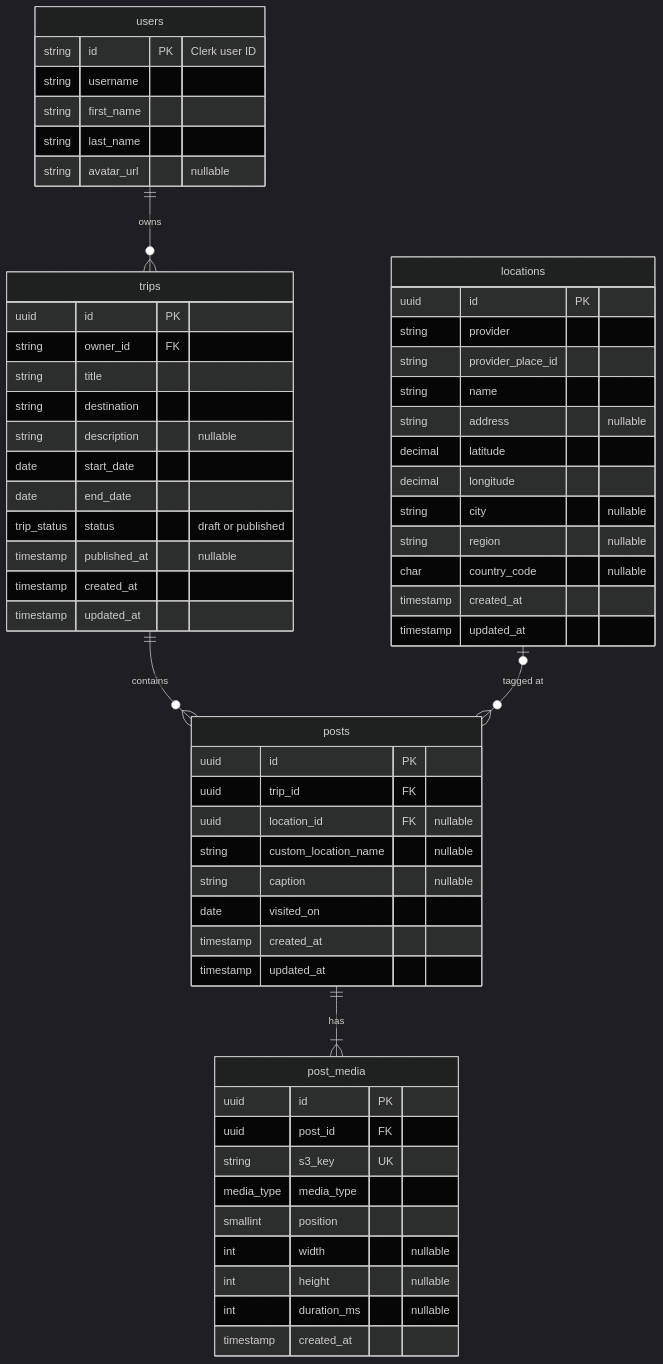
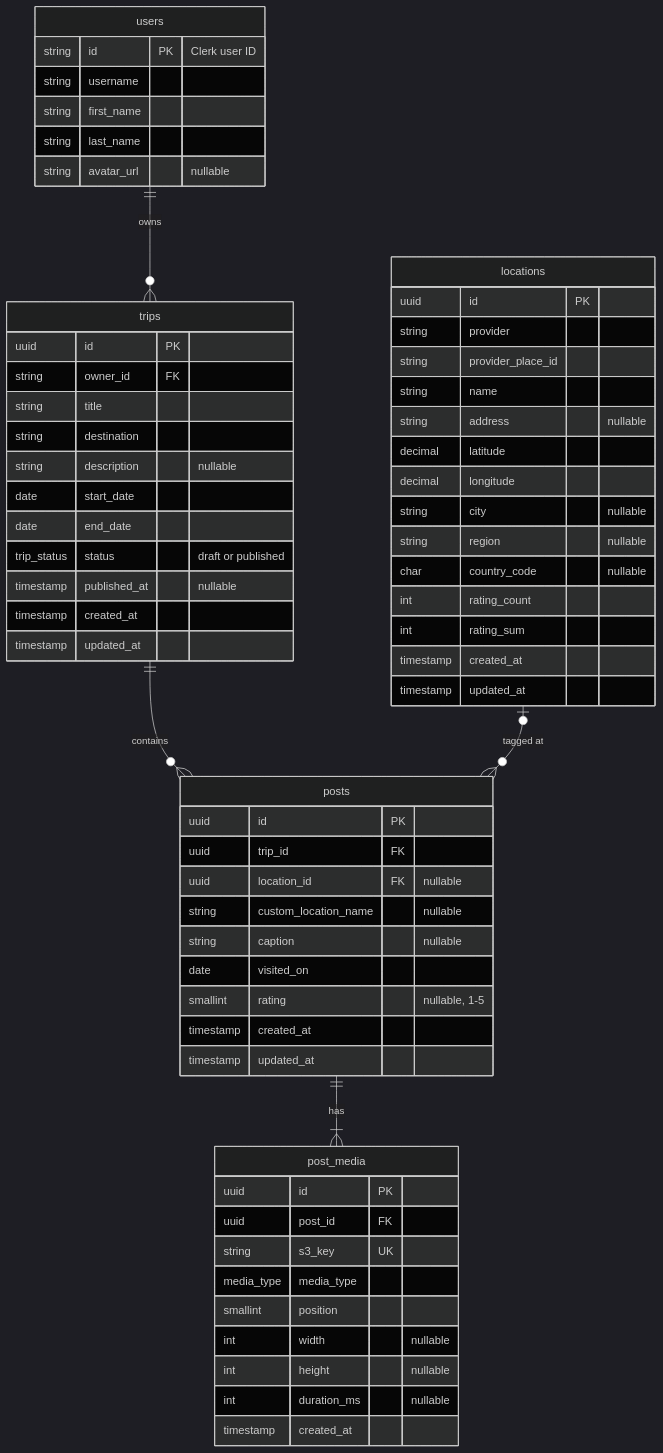
One commit to Forge-NU/fall-26-sw-team-2 changed the diagram in docs/architecture/itinerary-schema.md. Above: the diagram before and after it, drawn with Mermaid (dark theme). The commit also changed other lines of this file and 30 other files, not shown here.

````diff
--- a/docs/architecture/itinerary-schema.md
+++ b/docs/architecture/itinerary-schema.md
@@ -29,63 +29,66 @@
 ```mermaid
 erDiagram
     users ||--o{ trips : owns
     trips ||--o{ posts : contains
     posts ||--|{ post_media : has
     locations |o--o{ posts : "tagged at"
 
     users {
         string id PK "Clerk user ID"
         string username
         string first_name
         string last_name
         string avatar_url "nullable"
     }
     trips {
         uuid id PK
         string owner_id FK
         string title
         string destination
         string description "nullable"
         date start_date
         date end_date
         trip_status status "draft or published"
         timestamp published_at "nullable"
         timestamp created_at
         timestamp updated_at
     }
     posts {
         uuid id PK
         uuid trip_id FK
         uuid location_id FK "nullable"
         string custom_location_name "nullable"
         string caption "nullable"
         date visited_on
+        smallint rating "nullable, 1-5"
         timestamp created_at
         timestamp updated_at
     }
     post_media {
         uuid id PK
         uuid post_id FK
         string s3_key UK
         media_type media_type
         smallint position
         int width "nullable"
         int height "nullable"
         int duration_ms "nullable"
         timestamp created_at
     }
     locations {
         uuid id PK
         string provider
         string provider_place_id
         string name
         string address "nullable"
         decimal latitude
         decimal longitude
         string city "nullable"
         string region "nullable"
         char country_code "nullable"
+        int rating_count
+        int rating_sum
         timestamp created_at
         timestamp updated_at
     }
 ```
````
